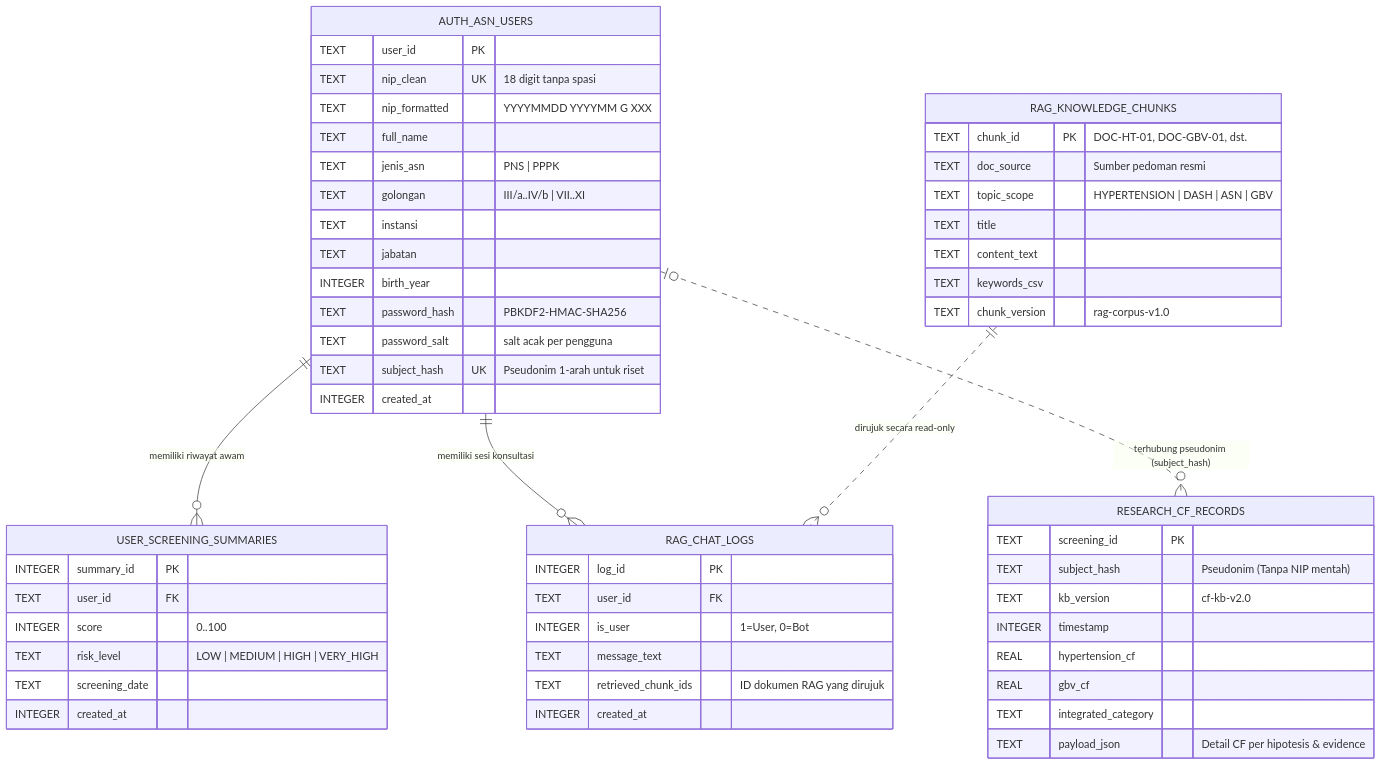
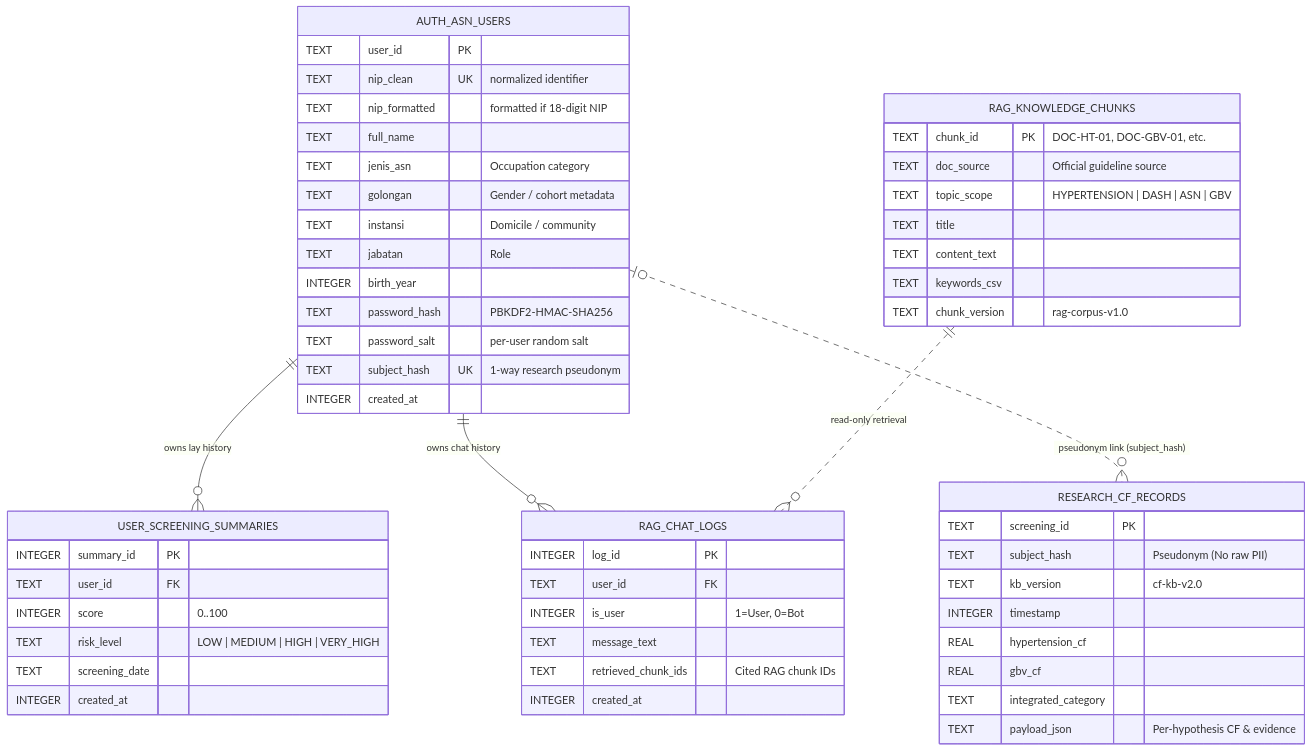
The second of 3 diagrams in DATABASE_AUTH_AND_RAG_ARCHITECTURE.md (RestlessHozy/EmpatiForLemonade), drawn with Mermaid before and after one commit. The commit also changed other lines of this file and 16 other files, not shown here.

Commit message:
docs: translate repository documentation and architecture specs to English

````diff
--- a/DATABASE_AUTH_AND_RAG_ARCHITECTURE.md
+++ b/DATABASE_AUTH_AND_RAG_ARCHITECTURE.md
@@ -137,62 +140,62 @@
 ```mermaid
 erDiagram
     AUTH_ASN_USERS {
         TEXT user_id PK
-        TEXT nip_clean UK "18 digit tanpa spasi"
-        TEXT nip_formatted "YYYYMMDD YYYYMM G XXX"
+        TEXT nip_clean UK "normalized identifier"
+        TEXT nip_formatted "formatted if 18-digit NIP"
         TEXT full_name
-        TEXT jenis_asn "PNS | PPPK"
-        TEXT golongan "III/a..IV/b | VII..XI"
-        TEXT instansi
-        TEXT jabatan
+        TEXT jenis_asn "Occupation category"
+        TEXT golongan "Gender / cohort metadata"
+        TEXT instansi "Domicile / community"
+        TEXT jabatan "Role"
         INTEGER birth_year
         TEXT password_hash "PBKDF2-HMAC-SHA256"
-        TEXT password_salt "salt acak per pengguna"
-        TEXT subject_hash UK "Pseudonim 1-arah untuk riset"
+        TEXT password_salt "per-user random salt"
+        TEXT subject_hash UK "1-way research pseudonym"
         INTEGER created_at
     }
 
     USER_SCREENING_SUMMARIES {
         INTEGER summary_id PK
         TEXT user_id FK
         INTEGER score "0..100"
         TEXT risk_level "LOW | MEDIUM | HIGH | VERY_HIGH"
         TEXT screening_date
         INTEGER created_at
     }
 
     RESEARCH_CF_RECORDS {
         TEXT screening_id PK
-        TEXT subject_hash "Pseudonim (Tanpa NIP mentah)"
+        TEXT subject_hash "Pseudonym (No raw PII)"
         TEXT kb_version "cf-kb-v2.0"
         INTEGER timestamp
         REAL hypertension_cf
         REAL gbv_cf
         TEXT integrated_category
-        TEXT payload_json "Detail CF per hipotesis & evidence"
+        TEXT payload_json "Per-hypothesis CF & evidence"
     }
 
     RAG_KNOWLEDGE_CHUNKS {
-        TEXT chunk_id PK "DOC-HT-01, DOC-GBV-01, dst."
-        TEXT doc_source "Sumber pedoman resmi"
+        TEXT chunk_id PK "DOC-HT-01, DOC-GBV-01, etc."
+        TEXT doc_source "Official guideline source"
         TEXT topic_scope "HYPERTENSION | DASH | ASN | GBV"
         TEXT title
         TEXT content_text
         TEXT keywords_csv
         TEXT chunk_version "rag-corpus-v1.0"
     }
 
     RAG_CHAT_LOGS {
         INTEGER log_id PK
         TEXT user_id FK
         INTEGER is_user "1=User, 0=Bot"
         TEXT message_text
-        TEXT retrieved_chunk_ids "ID dokumen RAG yang dirujuk"
+        TEXT retrieved_chunk_ids "Cited RAG chunk IDs"
         INTEGER created_at
     }
 
-    AUTH_ASN_USERS ||--o{ USER_SCREENING_SUMMARIES : "memiliki riwayat awam"
-    AUTH_ASN_USERS ||--o{ RAG_CHAT_LOGS : "memiliki sesi konsultasi"
-    AUTH_ASN_USERS |o..o{ RESEARCH_CF_RECORDS : "terhubung pseudonim (subject_hash)"
-    RAG_KNOWLEDGE_CHUNKS ||..o{ RAG_CHAT_LOGS : "dirujuk secara read-only"
+    AUTH_ASN_USERS ||--o{ USER_SCREENING_SUMMARIES : "owns lay history"
+    AUTH_ASN_USERS ||--o{ RAG_CHAT_LOGS : "owns chat history"
+    AUTH_ASN_USERS |o..o{ RESEARCH_CF_RECORDS : "pseudonym link (subject_hash)"
+    RAG_KNOWLEDGE_CHUNKS ||..o{ RAG_CHAT_LOGS : "read-only retrieval"
 ```
````
